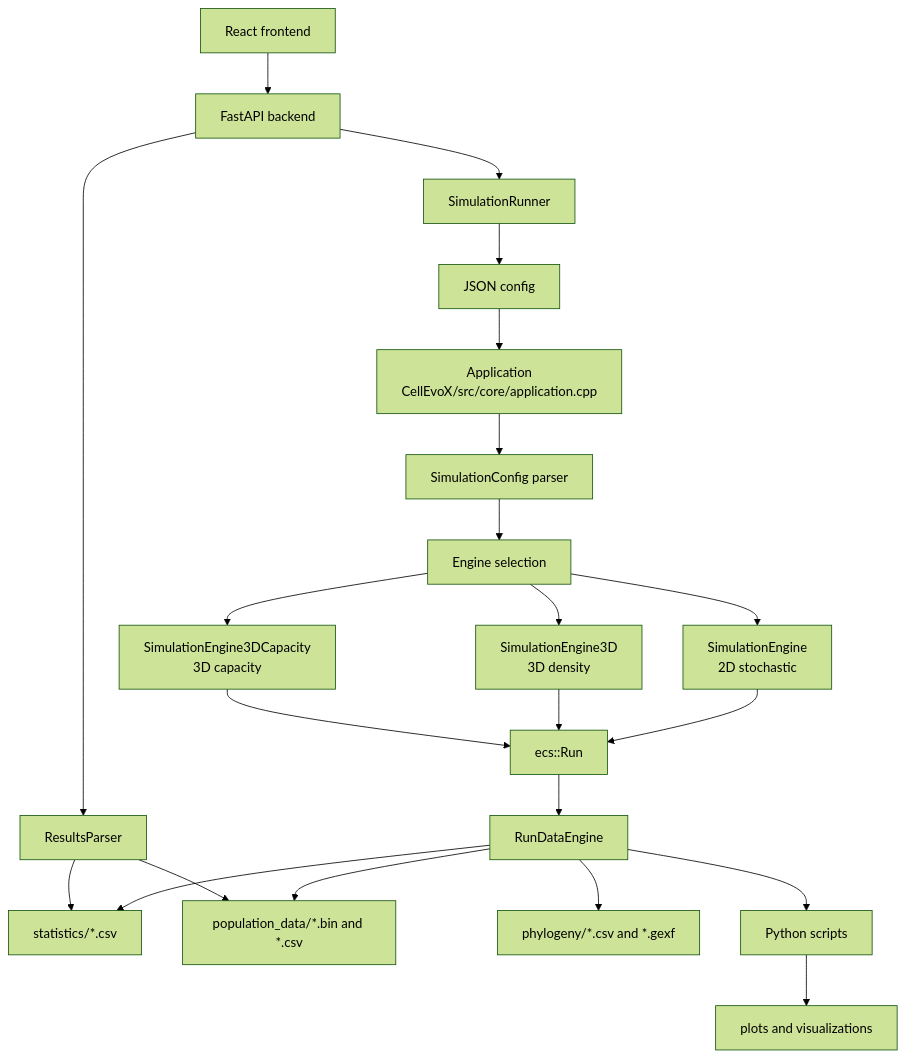
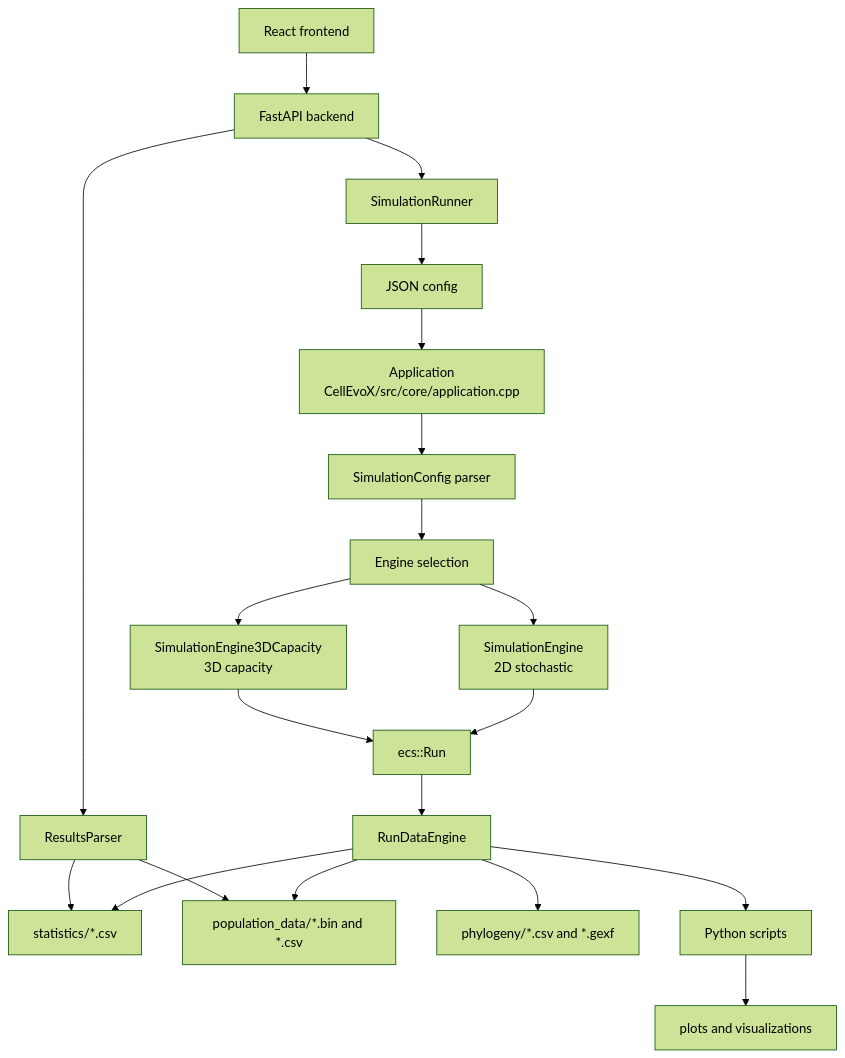
Before and after one commit to dxrgrabowski/CellEvoX: the diagram in docs/architecture.md, drawn with Mermaid (forest theme). The commit also changed other lines of this file and 27 other files, not shown here.

First line of the commit message:
refactor: remove redundant 3D density simulation mode

````diff
--- a/docs/architecture.md
+++ b/docs/architecture.md
@@ -9,24 +9,22 @@
 ```mermaid
 flowchart TD
   Config["JSON config"] --> App["Application<br/>CellEvoX/src/core/application.cpp"]
   App --> Parser["SimulationConfig parser"]
   Parser --> Select["Engine selection"]
   Select --> E2D["SimulationEngine<br/>2D stochastic"]
-  Select --> E3D["SimulationEngine3D<br/>3D density"]
   Select --> E3DC["SimulationEngine3DCapacity<br/>3D capacity"]
   E2D --> Run["ecs::Run"]
-  E3D --> Run
   E3DC --> Run
   Run --> Data["RunDataEngine"]
   Data --> Stats["statistics/*.csv"]
   Data --> Pop["population_data/*.bin and *.csv"]
   Data --> Phy["phylogeny/*.csv and *.gexf"]
   Data --> Scripts["Python scripts"]
   Scripts --> Viz["plots and visualizations"]
   WebUI["React frontend"] --> API["FastAPI backend"]
   API --> Runner["SimulationRunner"]
   Runner --> Config
   API --> Results["ResultsParser"]
   Results --> Stats
   Results --> Pop
 ```
````
